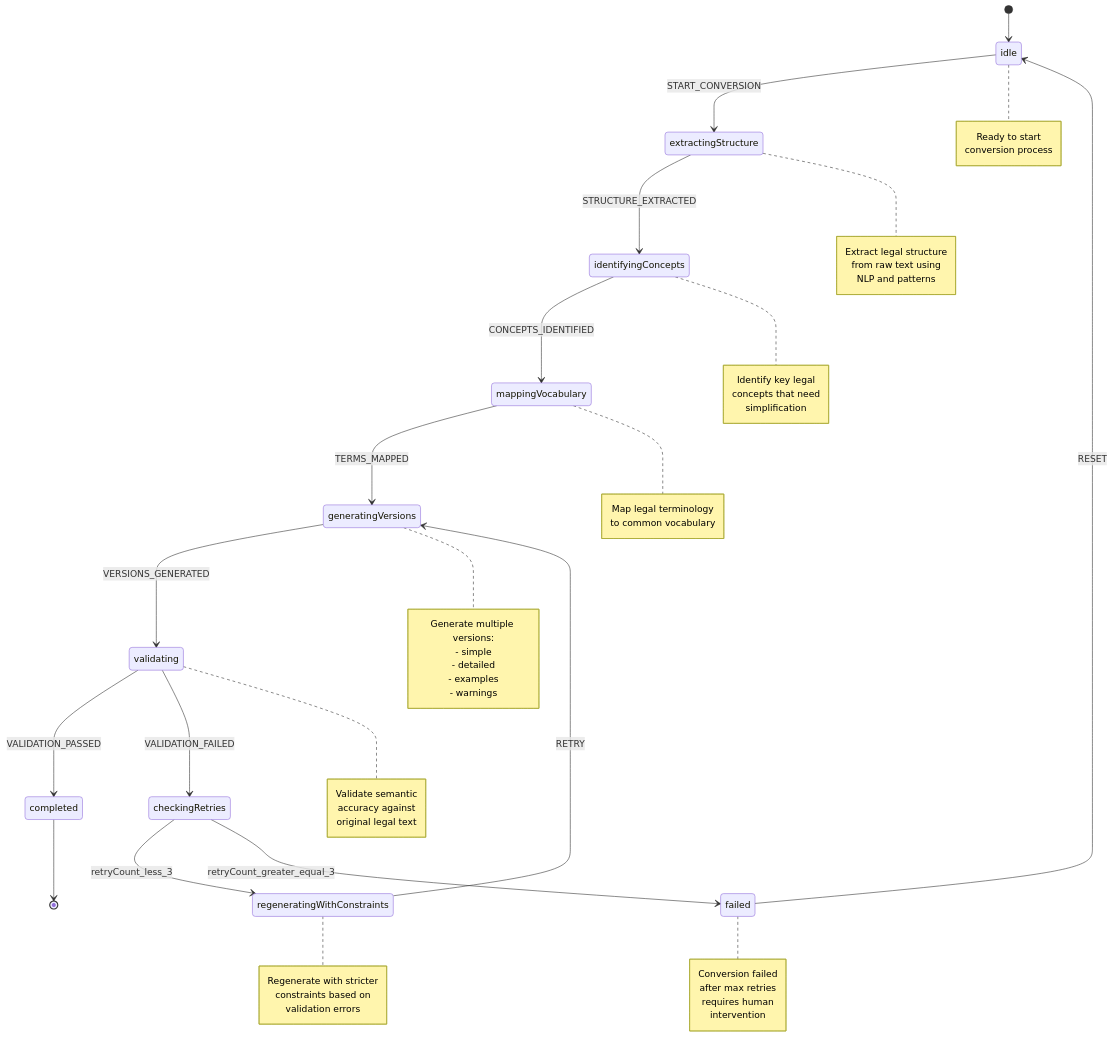
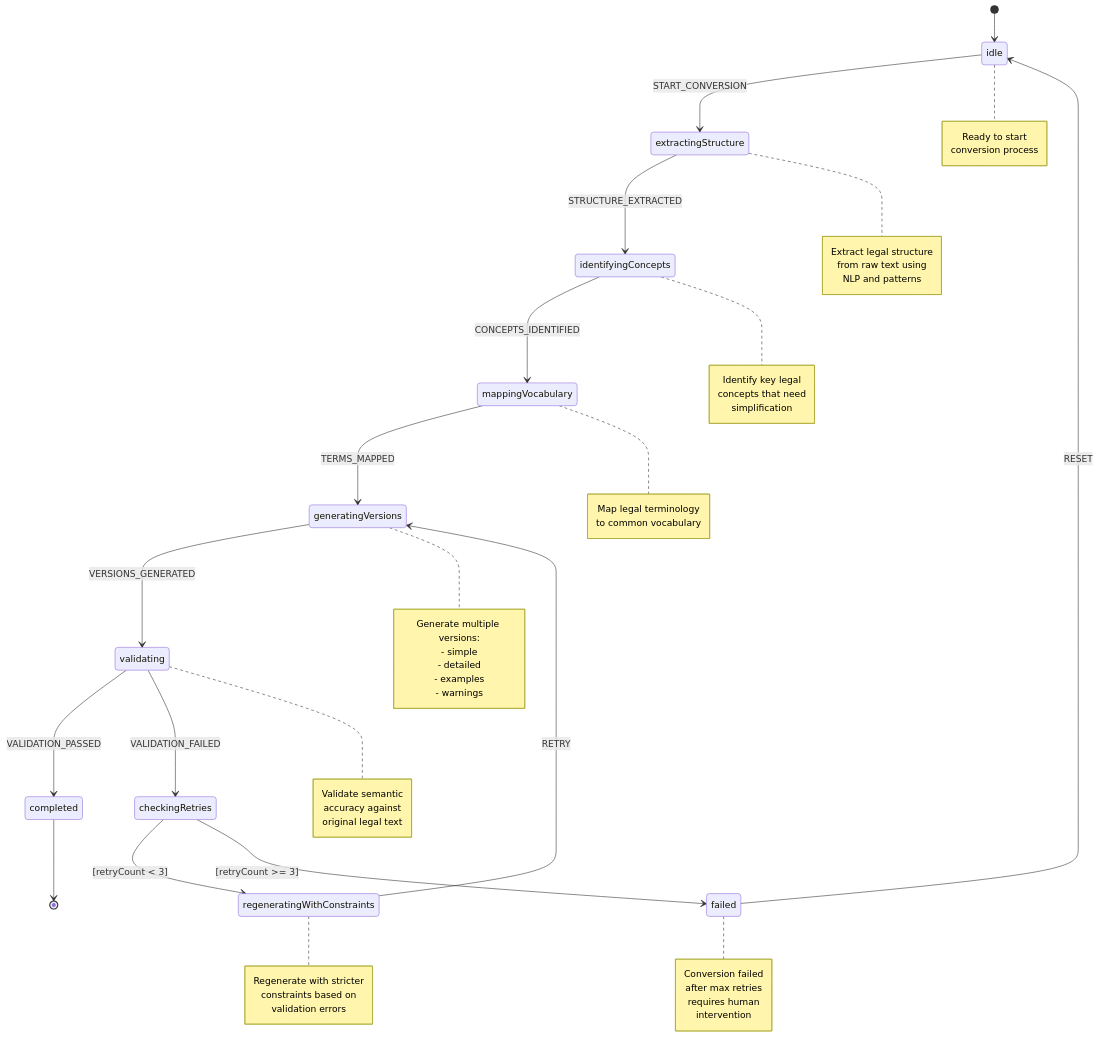
The second of 2 diagrams in docs/state-machines-visualization.md (vanmarkic/PAA), drawn with Mermaid before and after one commit. The commit also changed 1 other file, not shown here.

Commit message:
fix: Correct Mermaid choice state condition syntax for v10.9.5
- Changed condition labels from underscore format to bracket notation
- Updated retryCount_less_3 to [retryCount < 3]
- Updated retryCount_greater_equal_3 to [retryCount >= 3]
- Added spacing for better readability
- Ensures compatibility with Mermaid v10.9.5 syntax requirements

````diff
--- a/docs/state-machines-visualization.md
+++ b/docs/state-machines-visualization.md
@@ -103,71 +103,71 @@
 ```mermaid
 stateDiagram-v2
     [*] --> idle
 
     idle --> extractingStructure: START_CONVERSION
     extractingStructure --> identifyingConcepts: STRUCTURE_EXTRACTED
     identifyingConcepts --> mappingVocabulary: CONCEPTS_IDENTIFIED
     mappingVocabulary --> generatingVersions: TERMS_MAPPED
     generatingVersions --> validating: VERSIONS_GENERATED
 
     validating --> completed: VALIDATION_PASSED
     validating --> checkingRetries: VALIDATION_FAILED
 
     state checkingRetries <<choice>>
-    checkingRetries --> regeneratingWithConstraints: retryCount_less_3
-    checkingRetries --> failed: retryCount_greater_equal_3
+    checkingRetries --> regeneratingWithConstraints: [retryCount < 3]
+    checkingRetries --> failed: [retryCount >= 3]
 
     regeneratingWithConstraints --> generatingVersions: RETRY
 
     completed --> [*]
     failed --> idle: RESET
 
     note right of idle
         Ready to start
         conversion process
     end note
 
     note right of extractingStructure
         Extract legal structure
         from raw text using
         NLP and patterns
     end note
 
     note right of identifyingConcepts
         Identify key legal
         concepts that need
         simplification
     end note
 
     note right of mappingVocabulary
         Map legal terminology
         to common vocabulary
     end note
 
     note right of generatingVersions
         Generate multiple versions:
         - simple
         - detailed
         - examples
         - warnings
     end note
 
     note right of validating
         Validate semantic
         accuracy against
         original legal text
     end note
 
     note right of regeneratingWithConstraints
         Regenerate with stricter
         constraints based on
         validation errors
     end note
 
     note right of failed
         Conversion failed
         after max retries
         requires human
         intervention
     end note
 ```
````
